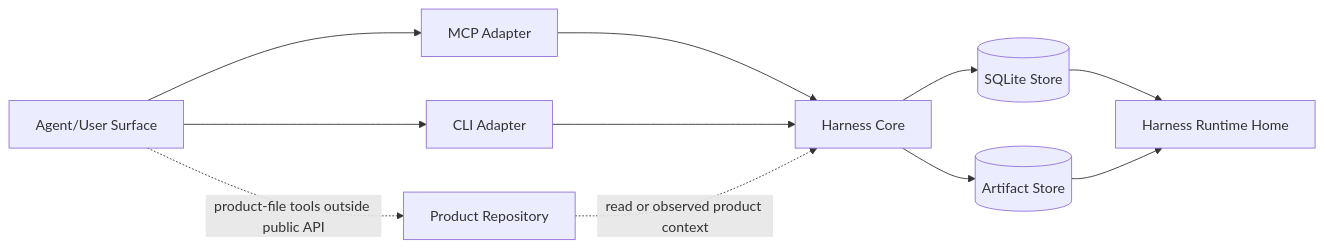
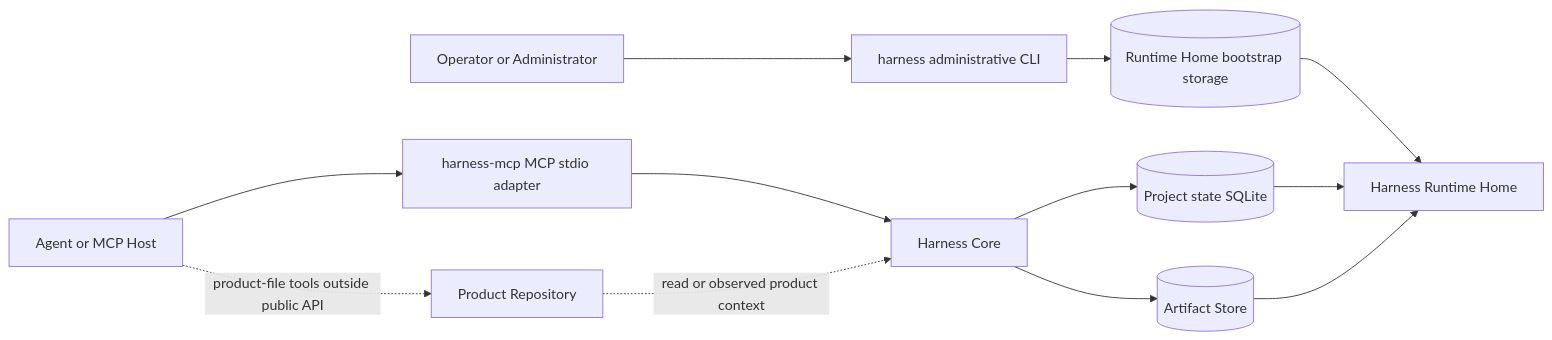
Before and after one commit to minjungw00/Harness_Project: the diagram in docs/en/build/architecture.md, drawn with Mermaid. The commit also changed other lines of this file and 15 other files, not shown here.

Commit message:
docs: align runtime architecture and storage layout

````diff
--- a/docs/en/build/architecture.md
+++ b/docs/en/build/architecture.md
@@ -20,22 +20,25 @@
 ```mermaid
 flowchart LR
-  surface[Agent/User Surface]
-  mcp[MCP Adapter]
-  cli[CLI Adapter]
+  host[Agent or MCP Host]
+  mcp[harness-mcp MCP stdio adapter]
+  operator[Operator or Administrator]
+  cli[harness administrative CLI]
   core[Harness Core]
-  sqlite[(SQLite Store)]
+  sqlite[(Project state SQLite)]
+  bootstrap[(Runtime Home bootstrap storage)]
   artifacts[(Artifact Store)]
   runtime[Harness Runtime Home]
   product[Product Repository]
 
-  surface --> mcp
-  surface --> cli
+  host --> mcp
   mcp --> core
-  cli --> core
+  operator --> cli
+  cli --> bootstrap
   core --> sqlite
   core --> artifacts
+  bootstrap --> runtime
   sqlite --> runtime
   artifacts --> runtime
   product -. read or observed product context .-> core
-  surface -. product-file tools outside public API .-> product
+  host -. product-file tools outside public API .-> product
 ```
````
